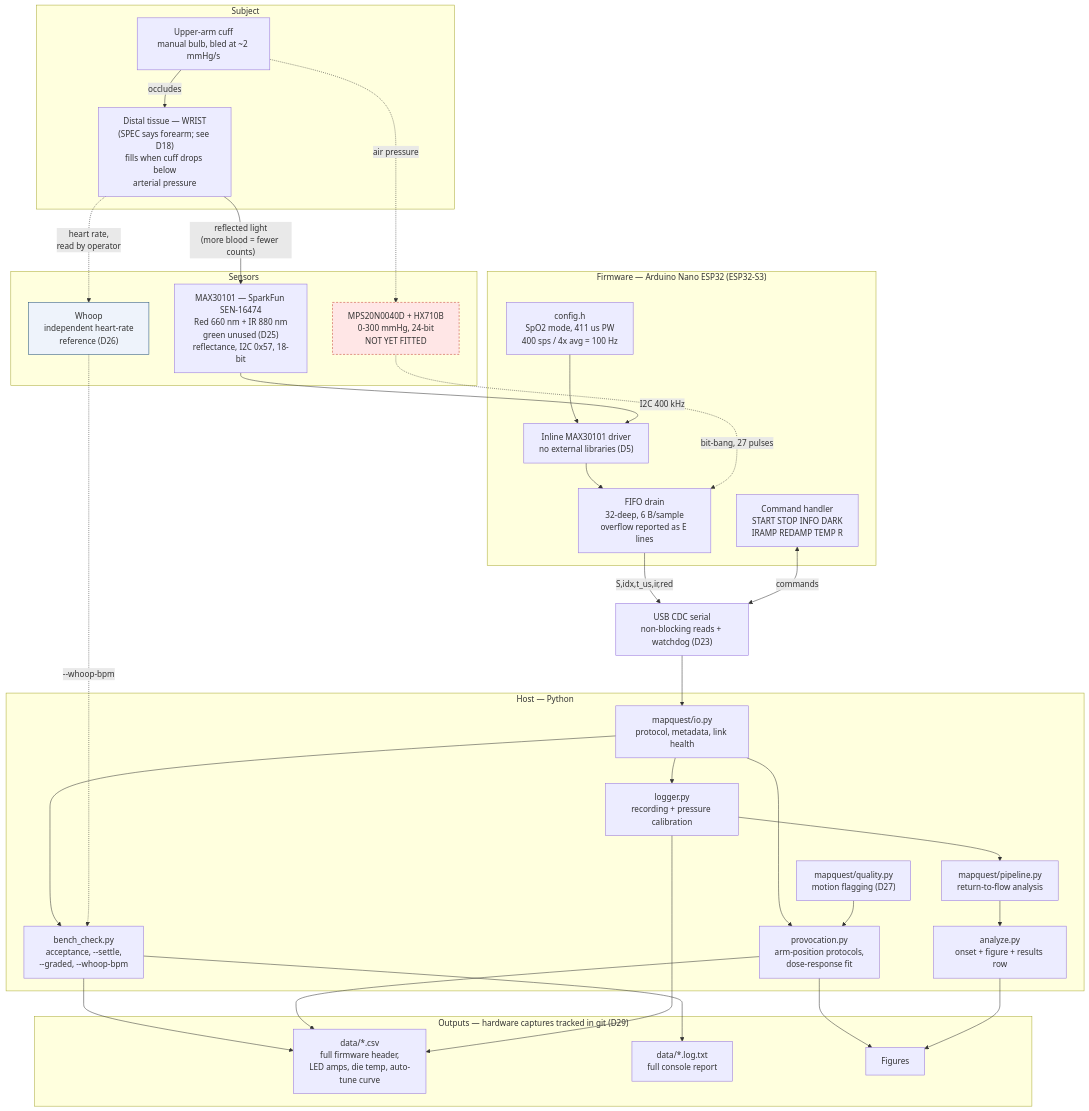
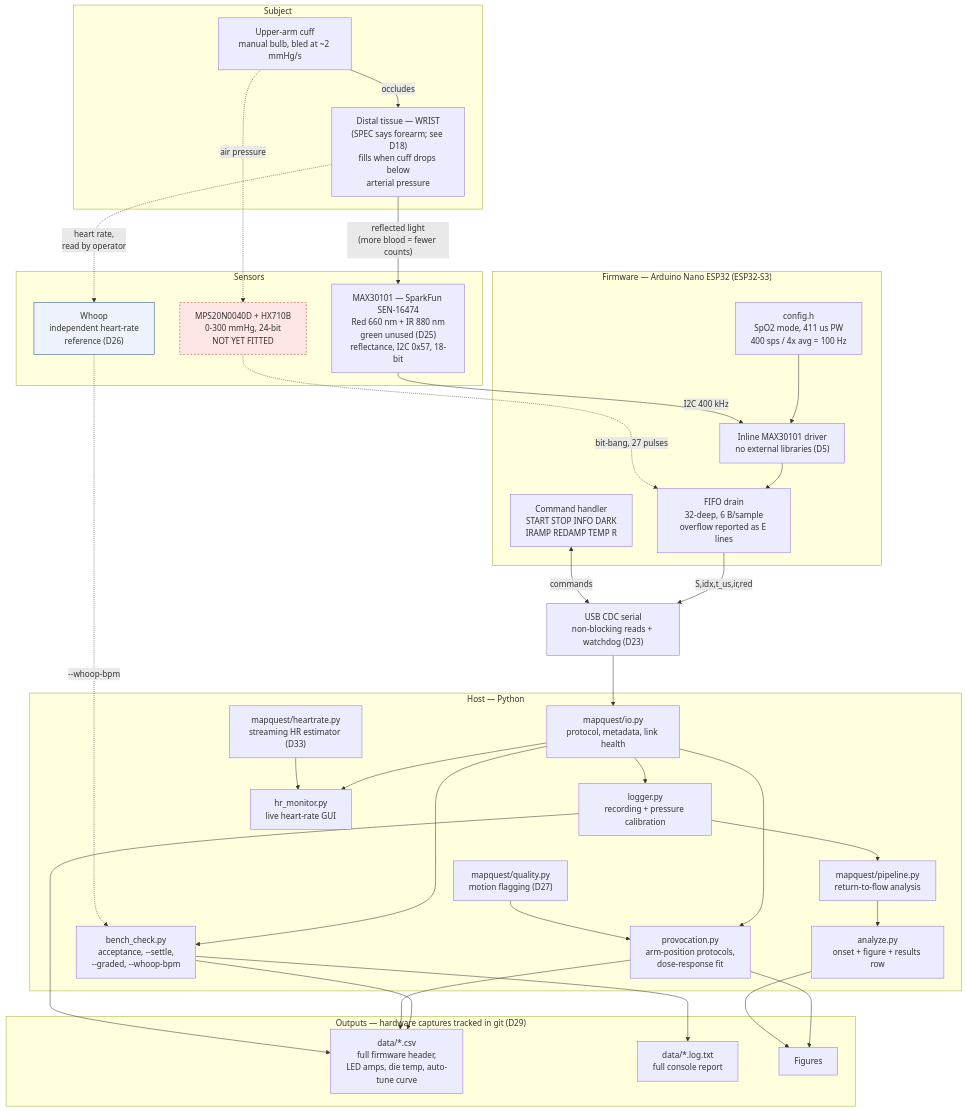
Before and after one commit to akkhilmorkonda/MAPQuest_PPG: the first of 7 diagrams in docs/architecture.md, drawn with Mermaid. The commit also changed other lines of this file and 5 other files, not shown here.

First line of the commit message:
Add standalone PPG heart-rate monitor

````diff
--- a/docs/architecture.md
+++ b/docs/architecture.md
@@ -14,70 +14,74 @@
 ```mermaid
 flowchart TD
     subgraph SUBJECT["Subject"]
         CUFF["Upper-arm cuff<br/>manual bulb, bled at ~2 mmHg/s"]
         TISSUE["Distal tissue — WRIST<br/>(SPEC says forearm; see D18)<br/>fills when cuff drops below<br/>arterial pressure"]
         CUFF -->|occludes| TISSUE
     end
 
     subgraph SENSORS["Sensors"]
         MAX["MAX30101 — SparkFun SEN-16474<br/>Red 660 nm + IR 880 nm<br/>green unused (D25)<br/>reflectance, I2C 0x57, 18-bit"]
         HX["MPS20N0040D + HX710B<br/>0-300 mmHg, 24-bit<br/>NOT YET FITTED"]
         WHOOP["Whoop<br/>independent heart-rate<br/>reference (D26)"]
     end
 
     TISSUE -->|"reflected light<br/>(more blood = fewer counts)"| MAX
     CUFF -.->|air pressure| HX
     TISSUE -.->|"heart rate,<br/>read by operator"| WHOOP
 
     subgraph FW["Firmware — Arduino Nano ESP32 (ESP32-S3)"]
         CFG["config.h<br/>SpO2 mode, 411 us PW<br/>400 sps / 4x avg = 100 Hz"]
         DRV["Inline MAX30101 driver<br/>no external libraries (D5)"]
         FIFO["FIFO drain<br/>32-deep, 6 B/sample<br/>overflow reported as E lines"]
         CMD["Command handler<br/>START STOP INFO DARK<br/>IRAMP REDAMP TEMP R"]
         CFG --> DRV --> FIFO
     end
 
     MAX -->|I2C 400 kHz| DRV
     HX -.->|"bit-bang, 27 pulses"| FIFO
 
     FIFO -->|"S,idx,t_us,ir,red"| LINK
     CMD <-->|commands| LINK
     LINK["USB CDC serial<br/>non-blocking reads + watchdog (D23)"]
 
     subgraph HOST["Host — Python"]
         IO["mapquest/io.py<br/>protocol, metadata, link health"]
         QUAL["mapquest/quality.py<br/>motion flagging (D27)"]
         BENCH["bench_check.py<br/>acceptance, --settle,<br/>--graded, --whoop-bpm"]
         PROV["provocation.py<br/>arm-position protocols,<br/>dose-response fit"]
         LOG["logger.py<br/>recording + pressure calibration"]
         PIPE["mapquest/pipeline.py<br/>return-to-flow analysis"]
         ANA["analyze.py<br/>onset + figure + results row"]
+        HRE["mapquest/heartrate.py<br/>streaming HR estimator (D33)"]
+        HRM["hr_monitor.py<br/>live heart-rate GUI"]
         IO --> BENCH
         IO --> PROV
         IO --> LOG
+        IO --> HRM
+        HRE --> HRM
         QUAL --> PROV
         LOG --> PIPE
         PIPE --> ANA
     end
 
     LINK --> IO
     WHOOP -.->|"--whoop-bpm"| BENCH
 
     subgraph OUT["Outputs — hardware captures tracked in git (D29)"]
         CSV["data/*.csv<br/>full firmware header,<br/>LED amps, die temp, auto-tune curve"]
         LOGS["data/*.log.txt<br/>full console report"]
         PNG["Figures"]
     end
 
     BENCH --> CSV
     BENCH --> LOGS
     PROV --> CSV
     PROV --> PNG
     LOG --> CSV
     ANA --> PNG
 
     classDef missing fill:#ffe6e6,stroke:#c43b2f,stroke-dasharray:4 3
     classDef external fill:#eef3fb,stroke:#1f4e79
     class HX missing
     class WHOOP external
 ```
````
